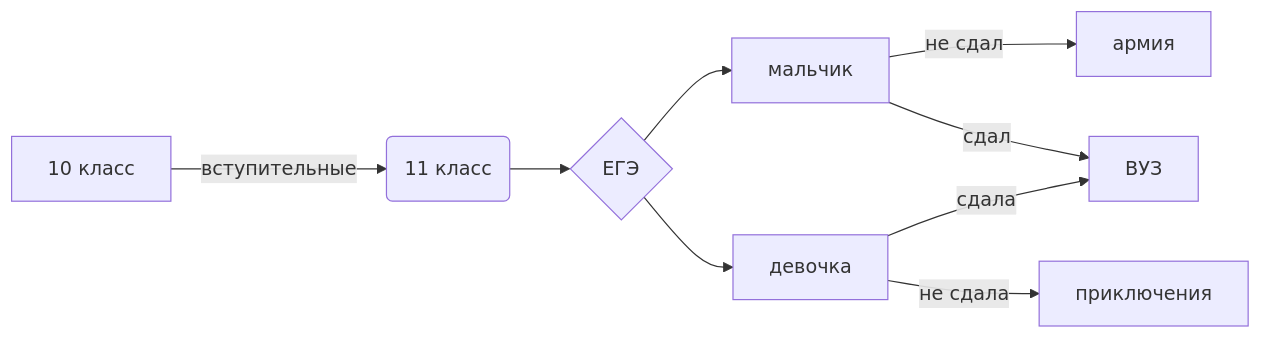
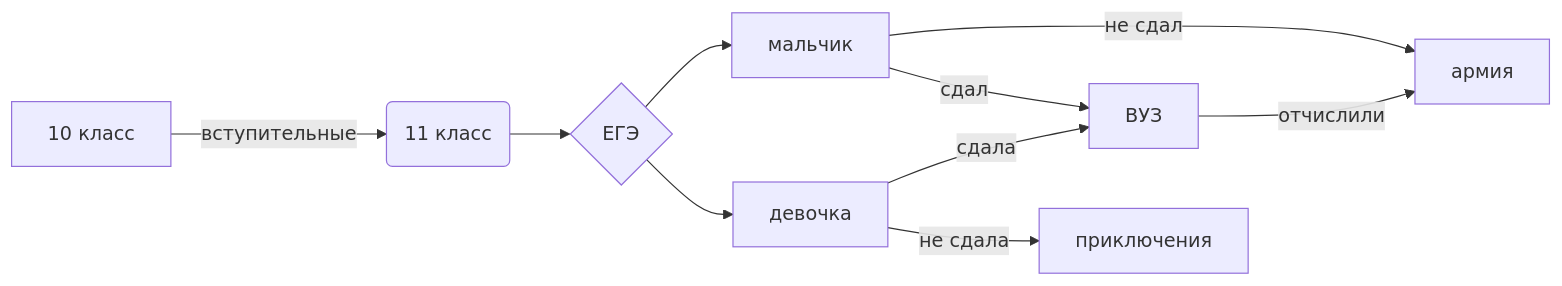
One commit to HaterYuumi/-051 changed the diagram in README.md. Above: the diagram before and after it, drawn with Mermaid.

````diff
--- a/README.md
+++ b/README.md
@@ -23,12 +23,13 @@
 ```mermaid
 flowchart LR
 
 A[10 класс] -->|вступительные| B(11 класс)
 B --> C{ЕГЭ}
 C --> D[мальчик]
 C --> E[девочка]
 D --> |не сдал| F[армия]
 D --> |сдал| G[ВУЗ]
+G -->|отчислили| F
 E --> |сдалa| G
 E --> |не сдала| H[приключения]
 ```
````
